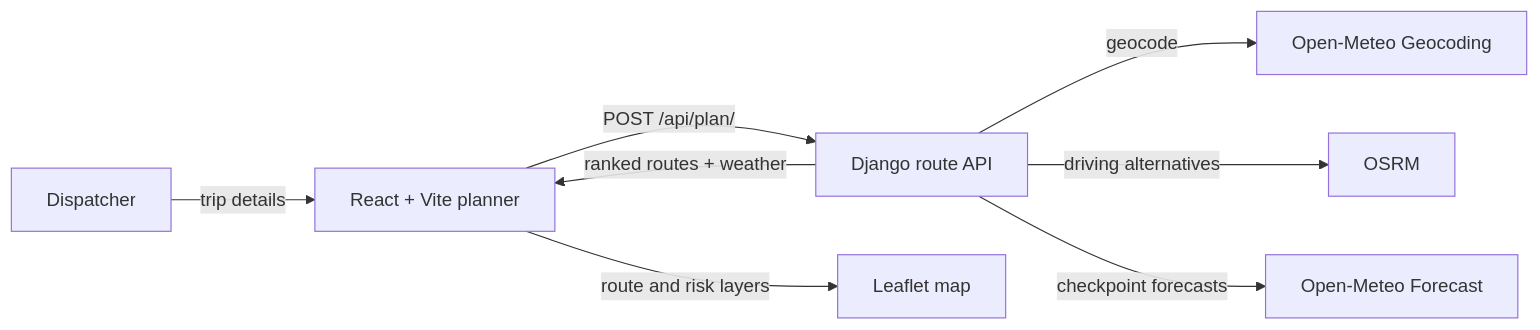
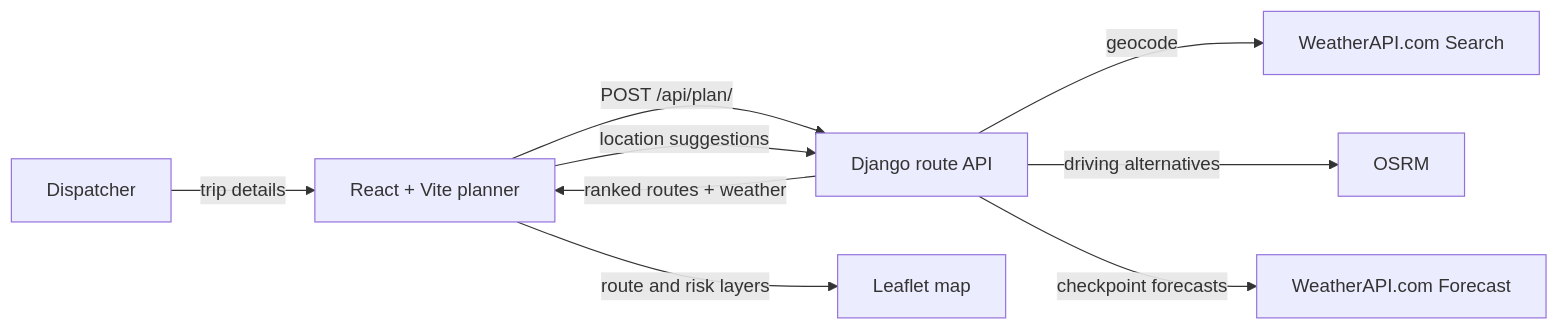
The diagram in README.md (RONIN447/northline_dispatch_ops), drawn with Mermaid before and after one commit. The commit also changed other lines of this file and 8 other files, not shown here.

Commit message:
Replace Open-Meteo with WeatherAPI

````diff
--- a/README.md
+++ b/README.md
@@ -61,10 +63,11 @@
 ```mermaid
 flowchart LR
     Dispatcher[Dispatcher] -->|trip details| Web[React + Vite planner]
     Web -->|POST /api/plan/| API[Django route API]
-    API -->|geocode| Geo[Open-Meteo Geocoding]
+    Web -->|location suggestions| API
+    API -->|geocode| Geo[WeatherAPI.com Search]
     API -->|driving alternatives| OSRM[OSRM]
-    API -->|checkpoint forecasts| Weather[Open-Meteo Forecast]
+    API -->|checkpoint forecasts| Weather[WeatherAPI.com Forecast]
     API -->|ranked routes + weather| Web
     Web -->|route and risk layers| Map[Leaflet map]
 ```
````
